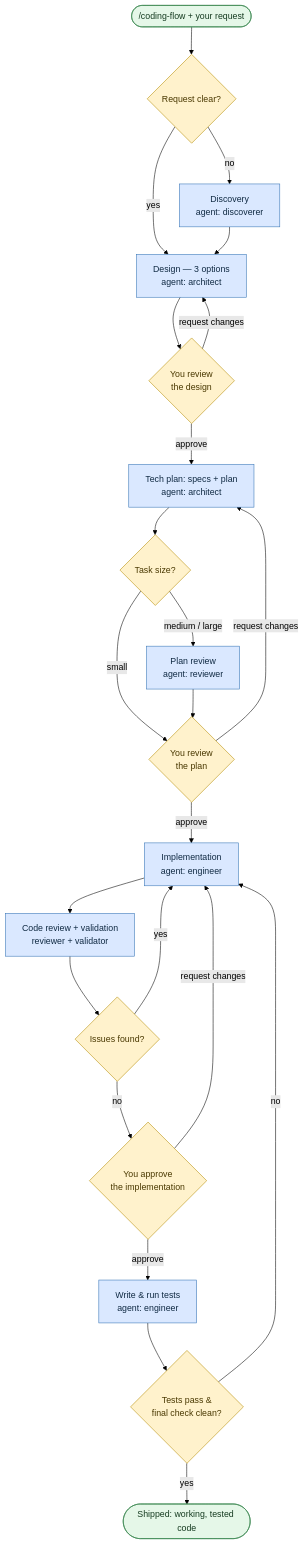
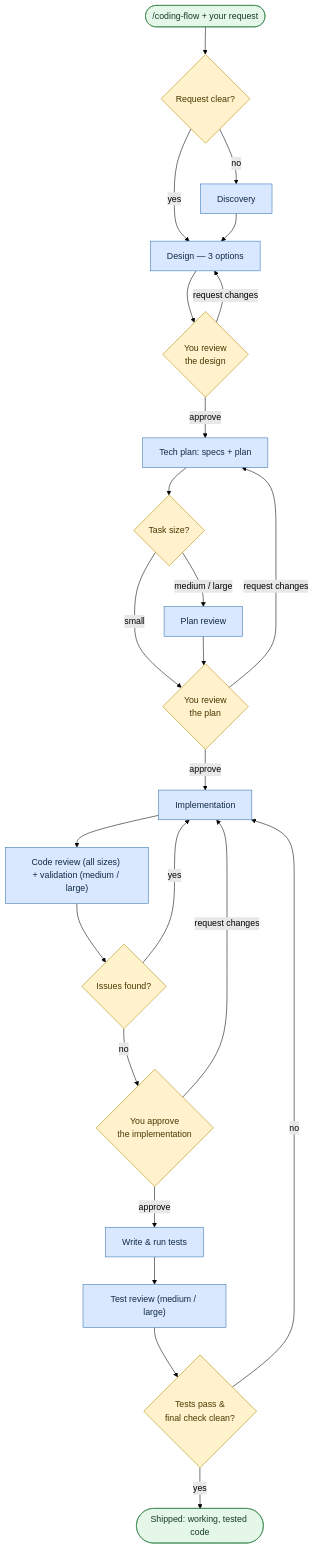
One commit to atomicdjt/rosetta changed the diagram in user-guide/scenarios/coding.md. Above: the diagram before and after it, drawn with Mermaid (forest theme). The commit also changed other lines of this file and 86 other files, not shown here.

````diff
--- a/user-guide/scenarios/coding.md
+++ b/user-guide/scenarios/coding.md
@@ -25,32 +25,33 @@
 ```mermaid
 flowchart TB
     Start(["/coding-flow + your request"]) --> Clear{"Request clear?"}
-    Clear -->|no| Disc["Discovery <br>agent: discoverer"]
-    Clear -->|yes| Design["Design — 3 options <br>agent: architect"]
+    Clear -->|no| Disc["Discovery"]
+    Clear -->|yes| Design["Design — 3 options"]
     Disc --> Design
     Design --> G1{"You review <br>the design"}
     G1 -->|request changes| Design
-    G1 -->|approve| Plan["Tech plan: specs + plan <br>agent: architect"]
+    G1 -->|approve| Plan["Tech plan: specs + plan"]
     Plan --> Size{"Task size?"}
-    Size -->|medium / large| RevPlan["Plan review <br>agent: reviewer"]
+    Size -->|medium / large| RevPlan["Plan review"]
     Size -->|small| G2{"You review <br>the plan"}
     RevPlan --> G2
     G2 -->|request changes| Plan
-    G2 -->|approve| Impl["Implementation <br>agent: engineer"]
-    Impl --> RevCode["Code review + validation <br>reviewer + validator"]
+    G2 -->|approve| Impl["Implementation"]
+    Impl --> RevCode["Code review (all sizes) <br>+ validation (medium / large)"]
     RevCode --> Issues{"Issues found?"}
     Issues -->|yes| Impl
     Issues -->|no| G3{"You approve <br>the implementation"}
     G3 -->|request changes| Impl
-    G3 -->|approve| Tests["Write & run tests <br>agent: engineer"]
-    Tests --> Final{"Tests pass & <br>final check clean?"}
+    G3 -->|approve| Tests["Write & run tests"]
+    Tests --> RevTests["Test review (medium / large)"]
+    RevTests --> Final{"Tests pass & <br>final check clean?"}
     Final -->|no| Impl
     Final -->|yes| Done(["Shipped: working, tested code"])
 
     classDef step fill:#dae8ff,stroke:#3674b5,color:#102a43;
     classDef gate fill:#fff2cc,stroke:#b58b00,color:#493800;
     classDef done fill:#e5f7e8,stroke:#35834a,color:#153b20;
-    class Disc,Design,Plan,RevPlan,Impl,RevCode,Tests step;
+    class Disc,Design,Plan,RevPlan,Impl,RevCode,Tests,RevTests step;
     class Clear,G1,Size,G2,Issues,G3,Final gate;
     class Start,Done done;
 ```
````
